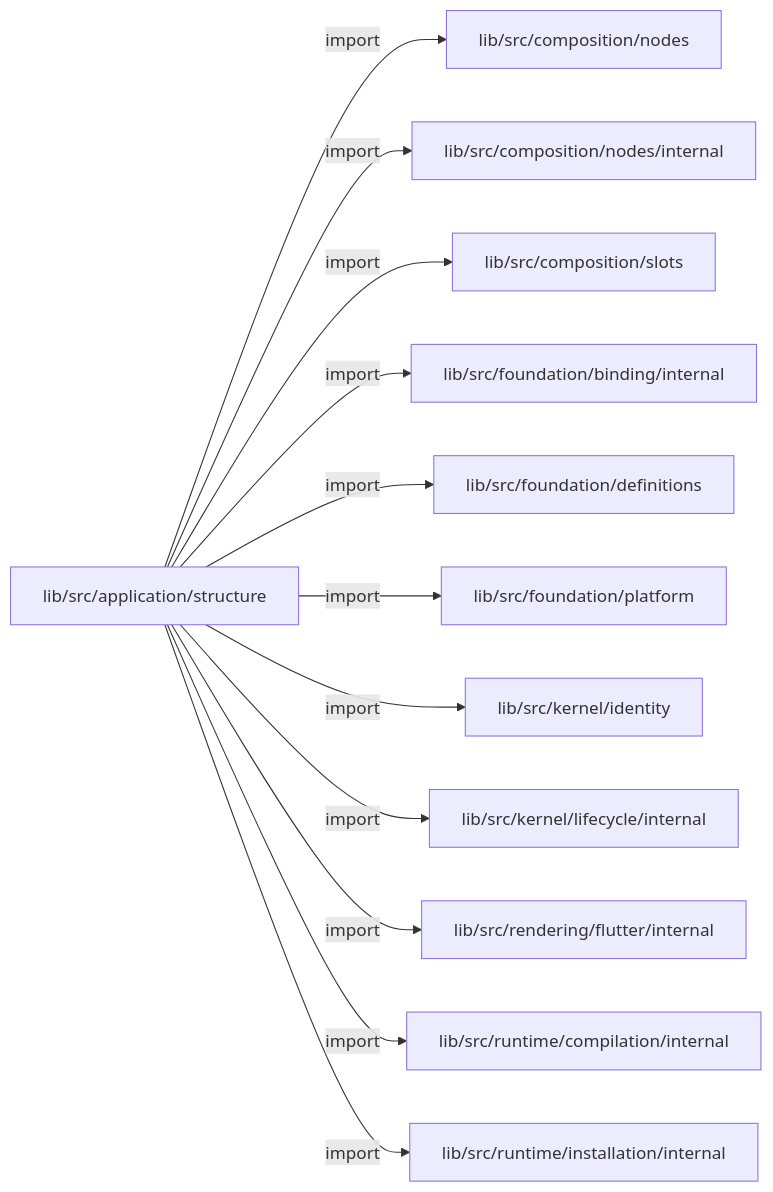
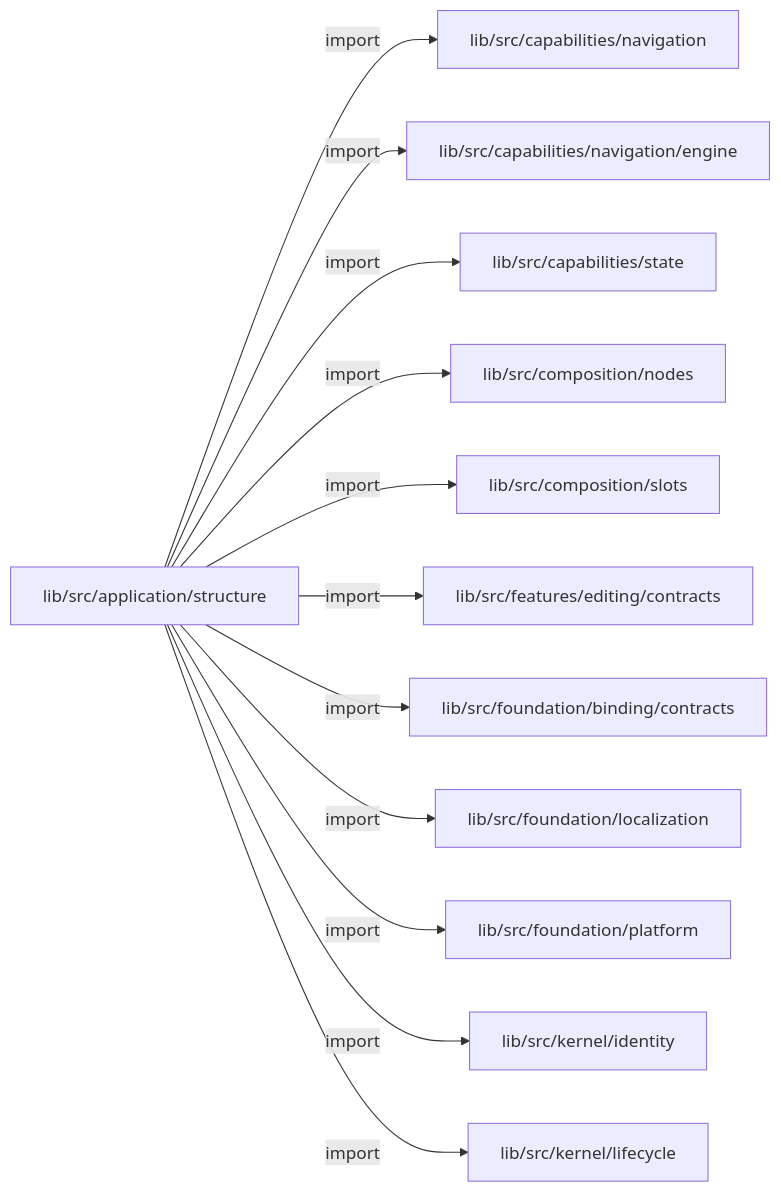
The second of 4 diagrams in docs/architecture/src/application/structure/README.md (MiuDog/Kallopis), drawn with Mermaid before and after one commit. The commit also changed other lines of this file and 9688 other files, not shown here.

Commit message:
Prepare isolated Flow F2 peer baseline

````diff
--- a/docs/architecture/src/application/structure/README.md
+++ b/docs/architecture/src/application/structure/README.md
@@ -40,26 +40,26 @@
 ```mermaid
 flowchart LR
 	n0["lib/src/application/structure"]
-	n1["lib/src/composition/nodes"]
-	n2["lib/src/composition/nodes/internal"]
-	n3["lib/src/composition/slots"]
-	n4["lib/src/foundation/binding/internal"]
-	n5["lib/src/foundation/definitions"]
-	n6["lib/src/foundation/platform"]
-	n7["lib/src/kernel/identity"]
-	n8["lib/src/kernel/lifecycle/internal"]
-	n9["lib/src/rendering/flutter/internal"]
-	n10["lib/src/runtime/compilation/internal"]
-	n11["lib/src/runtime/installation/internal"]
+	n1["lib/src/capabilities/navigation"]
+	n2["lib/src/capabilities/navigation/engine"]
+	n3["lib/src/capabilities/state"]
+	n4["lib/src/composition/nodes"]
+	n5["lib/src/composition/slots"]
+	n6["lib/src/features/editing/contracts"]
+	n7["lib/src/foundation/binding/contracts"]
+	n8["lib/src/foundation/localization"]
+	n9["lib/src/foundation/platform"]
+	n10["lib/src/kernel/identity"]
+	n11["lib/src/kernel/lifecycle"]
 	n0 -->|"import"| n1
 	n0 -->|"import"| n2
 	n0 -->|"import"| n3
 	n0 -->|"import"| n4
 	n0 -->|"import"| n5
 	n0 -->|"import"| n6
 	n0 -->|"import"| n7
 	n0 -->|"import"| n8
 	n0 -->|"import"| n9
 	n0 -->|"import"| n10
 	n0 -->|"import"| n11
 ```
````
